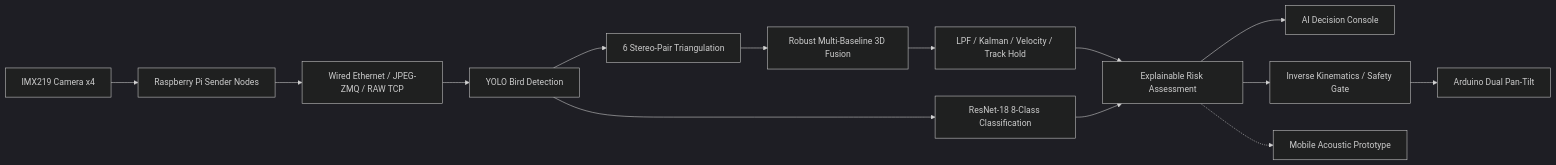
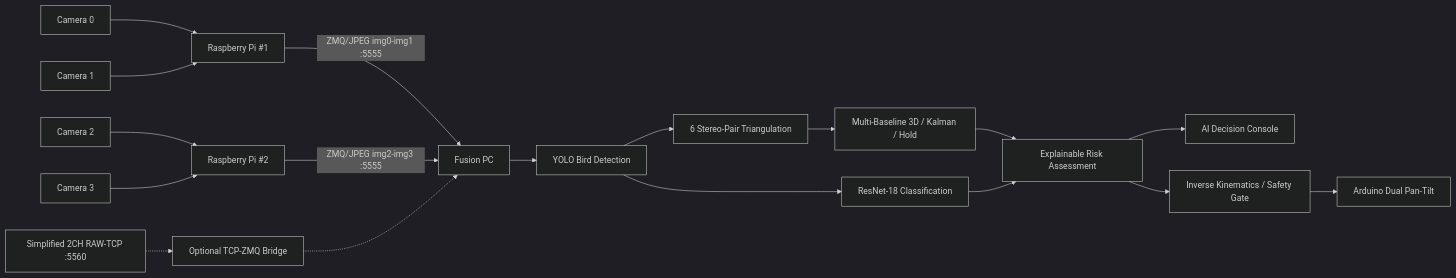
The first of 2 diagrams in README.md (Kimjw2024/2026ESWContest_free_AEGIS), drawn with Mermaid (dark theme) before and after one commit. The commit also changed other lines of this file and 6 other files, not shown here.

````diff
--- a/README.md
+++ b/README.md
@@ -65,16 +82,23 @@
 ```mermaid
 flowchart LR
-    A["IMX219 Camera x4"] --> B["Raspberry Pi Sender Nodes"]
-    B --> C["Wired Ethernet / JPEG-ZMQ / RAW TCP"]
-    C --> D["YOLO Bird Detection"]
-    D --> E["6 Stereo-Pair Triangulation"]
-    E --> F["Robust Multi-Baseline 3D Fusion"]
-    F --> G["LPF / Kalman / Velocity / Track Hold"]
-    D --> H["ResNet-18 8-Class Classification"]
-    G --> I["Explainable Risk Assessment"]
-    H --> I
-    I --> J["AI Decision Console"]
-    I --> K["Inverse Kinematics / Safety Gate"]
-    K --> L["Arduino Dual Pan-Tilt"]
-    I -.-> M["Mobile Acoustic Prototype"]
+    C0["Camera 0"] --> R1["Raspberry Pi #1"]
+    C1["Camera 1"] --> R1
+    C2["Camera 2"] --> R2["Raspberry Pi #2"]
+    C3["Camera 3"] --> R2
+
+    R1 -->|"ZMQ/JPEG img0-img1 :5555"| F["Fusion PC"]
+    R2 -->|"ZMQ/JPEG img2-img3 :5555"| F
+
+    F --> D["YOLO Bird Detection"]
+    D --> G["6 Stereo-Pair Triangulation"]
+    G --> T["Multi-Baseline 3D / Kalman / Hold"]
+    D --> C["ResNet-18 Classification"]
+    T --> R["Explainable Risk Assessment"]
+    C --> R
+    R --> U["AI Decision Console"]
+    R --> K["Inverse Kinematics / Safety Gate"]
+    K --> A["Arduino Dual Pan-Tilt"]
+
+    X["Simplified 2CH RAW-TCP :5560"] -.-> B["Optional TCP-ZMQ Bridge"]
+    B -.-> F
 ```
````
